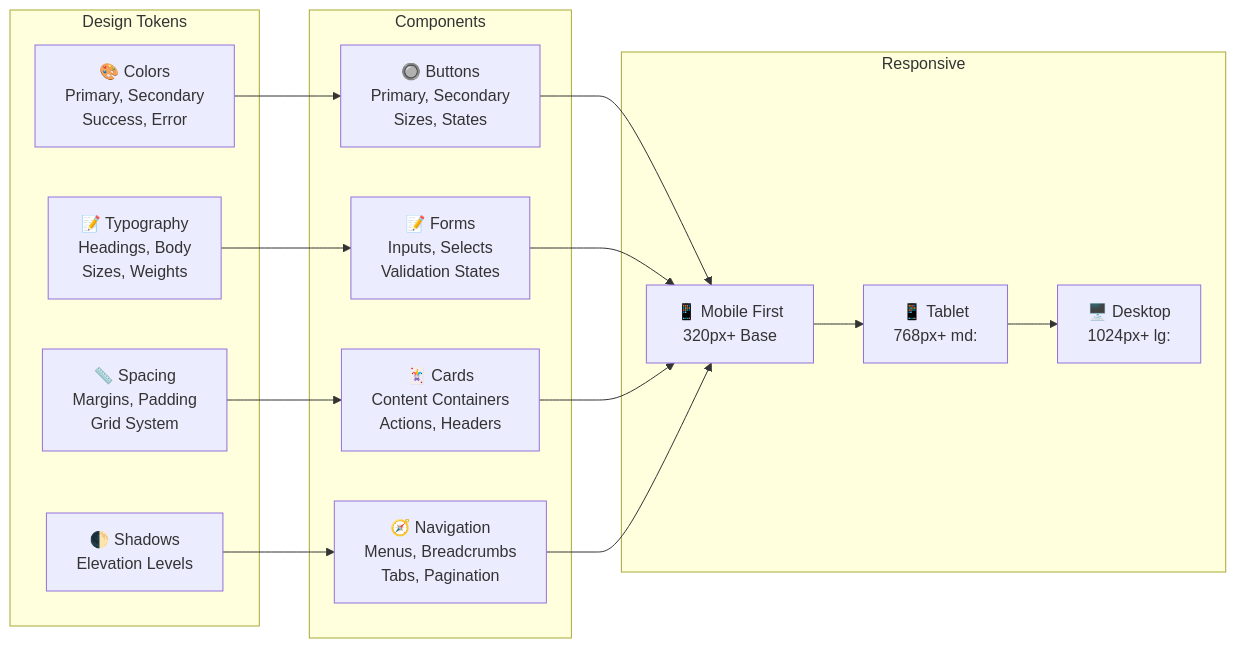
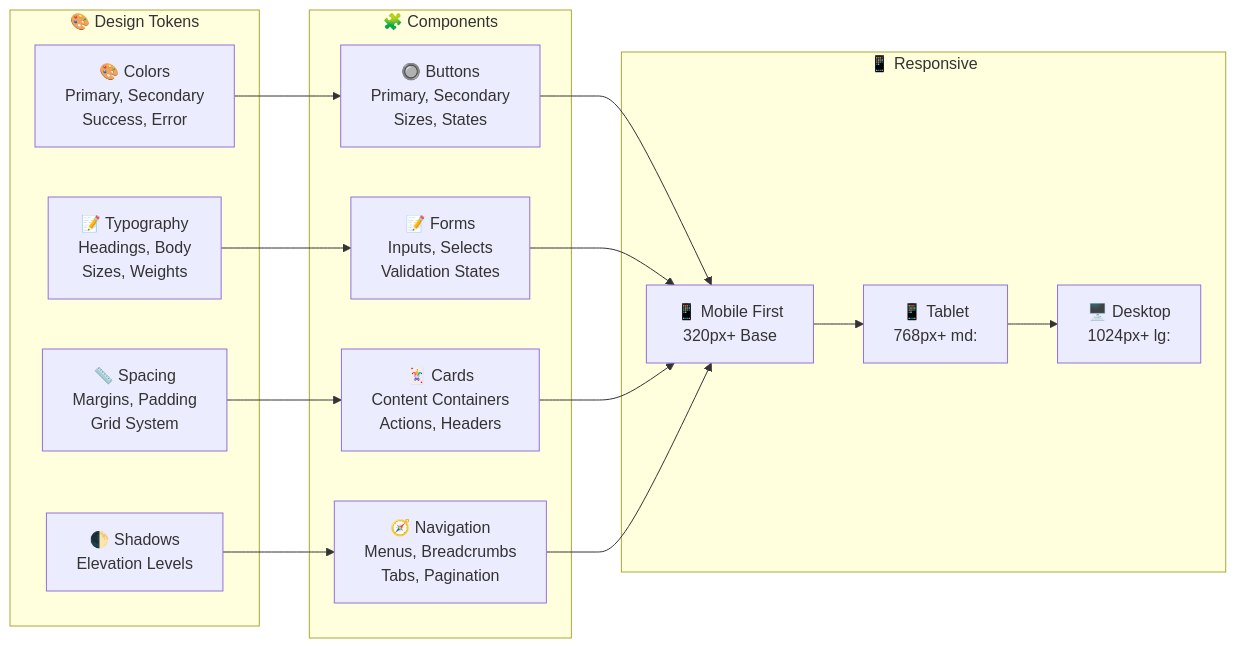
Before and after one commit to miguelfiguera/Propuesta-web-mariano: the sixth of 6 diagrams in diagramas/arquitectura-frontend.md, drawn with Mermaid. The commit also changed other lines of this file and 3 other files, not shown here.

First line of the commit message:
Consolidate documentation and finalize Mermaid diagrams

````diff
--- a/diagramas/arquitectura-frontend.md
+++ b/diagramas/arquitectura-frontend.md
@@ -190,35 +190,35 @@
 ```mermaid
 graph LR
-    subgraph "Design Tokens"
+    subgraph DesignTokens["🎨 Design Tokens"]
         Colors[🎨 Colors<br/>Primary, Secondary<br/>Success, Error]
         Typography[📝 Typography<br/>Headings, Body<br/>Sizes, Weights]
         Spacing[📏 Spacing<br/>Margins, Padding<br/>Grid System]
         Shadows[🌓 Shadows<br/>Elevation Levels]
     end
     
-    subgraph "Components"
+    subgraph Components["🧩 Components"]
         Buttons[🔘 Buttons<br/>Primary, Secondary<br/>Sizes, States]
         Forms[📝 Forms<br/>Inputs, Selects<br/>Validation States]
         Cards[🃏 Cards<br/>Content Containers<br/>Actions, Headers]
         Navigation[🧭 Navigation<br/>Menus, Breadcrumbs<br/>Tabs, Pagination]
     end
     
-    subgraph "Responsive"
+    subgraph Responsive["📱 Responsive"]
         Mobile[📱 Mobile First<br/>320px+ Base]
         Tablet[📱 Tablet<br/>768px+ md:]
         Desktop[🖥️ Desktop<br/>1024px+ lg:]
     end
     
     Colors --> Buttons
     Typography --> Forms
     Spacing --> Cards
     Shadows --> Navigation
     
     Buttons --> Mobile
     Forms --> Mobile
     Cards --> Mobile
     Navigation --> Mobile
     
     Mobile --> Tablet
     Tablet --> Desktop
 ```
````
